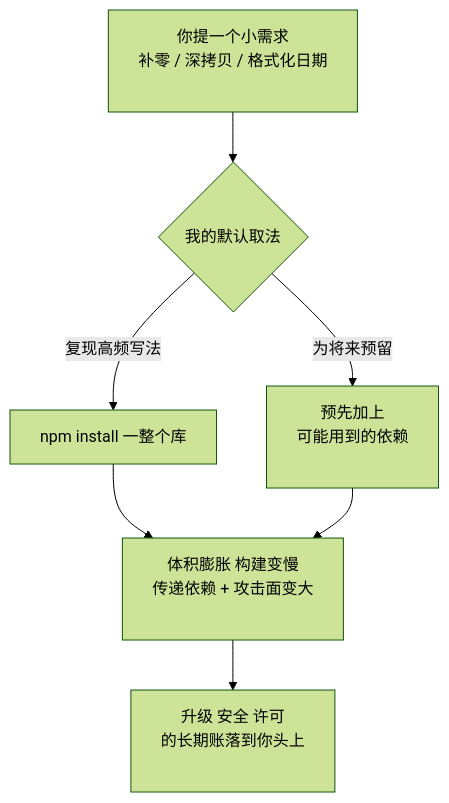
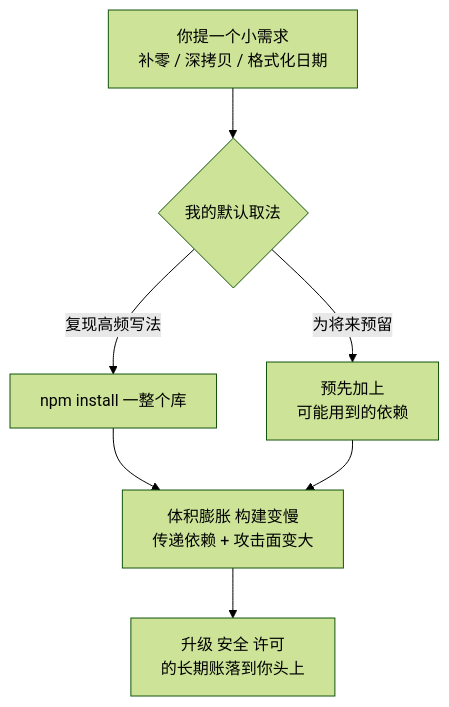
One commit to XuebinMa/AIWiki changed the diagram in docs/03-architecture/dependency-bloat.mdx. Above: the diagram before and after it, drawn with Mermaid (forest theme). The commit also changed 99 other files, not shown here.

First line of the commit message:
fix(mermaid): 全局根治节点文字裁切（htmlLabels:false + 清理 br/nbsp 占位）(#26)

````diff
--- a/docs/03-architecture/dependency-bloat.mdx
+++ b/docs/03-architecture/dependency-bloat.mdx
@@ -43,9 +43,9 @@
 ```mermaid
 flowchart TD
-    A[你提一个小需求<br/>补零 / 深拷贝 / 格式化日期<br/>&nbsp;] --> B{我的默认取法}
+    A[你提一个小需求<br/>补零 / 深拷贝 / 格式化日期] --> B{我的默认取法}
     B -->|复现高频写法| C[npm install 一整个库]
-    B -->|为将来预留| D[预先加上<br/>可能用到的依赖<br/>&nbsp;]
-    C --> E[体积膨胀 构建变慢<br/>传递依赖 + 攻击面变大<br/>&nbsp;]
+    B -->|为将来预留| D[预先加上<br/>可能用到的依赖]
+    C --> E[体积膨胀 构建变慢<br/>传递依赖 + 攻击面变大]
     D --> E
-    E --> F[升级 安全 许可<br/>的长期账落到你头上<br/>&nbsp;]
+    E --> F[升级 安全 许可<br/>的长期账落到你头上]
 ```
````
